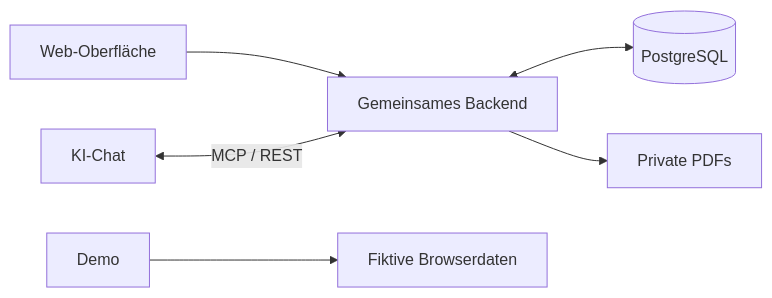
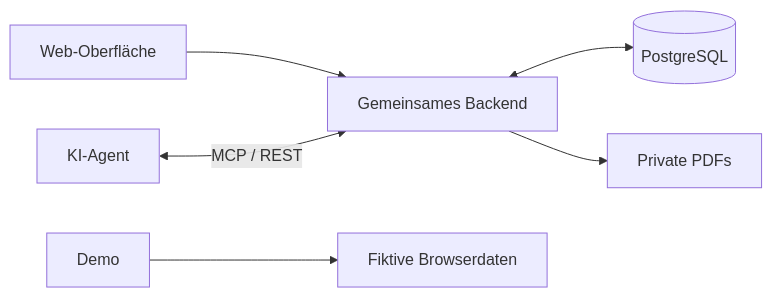
Before and after one commit to Jonas480185/semester-cockpit: the diagram in README.md, drawn with Mermaid. The commit also changed other lines of this file and 1 other file, not shown here.

````diff
--- a/README.md
+++ b/README.md
@@ -128,8 +128,8 @@
 ```mermaid
 flowchart LR
     UI[Web-Oberfläche] --> API[Gemeinsames Backend]
-    Chat[KI-Chat] <-->|MCP / REST| API
+    Agent[KI-Agent] <-->|MCP / REST| API
     API <--> DB[(PostgreSQL)]
     API --> PDF[Private PDFs]
     Demo[Demo] --> Fixtures[Fiktive Browserdaten]
 ```
````
